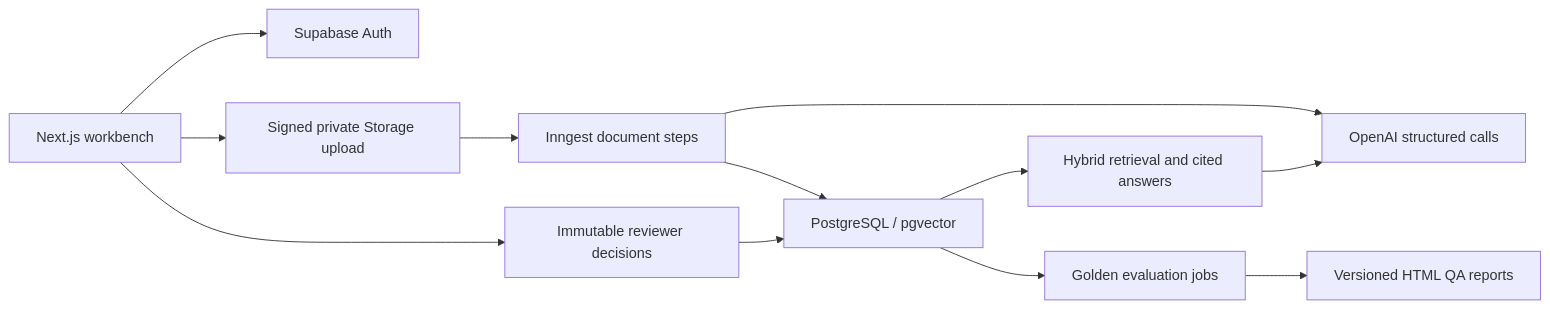
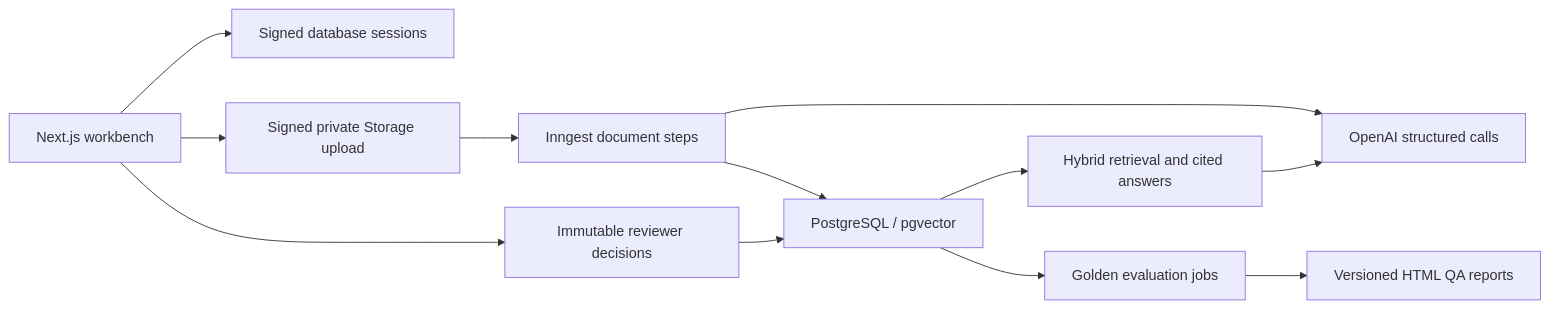
Before and after one commit to essashahid/EvidenceOps: the diagram in README.md, drawn with Mermaid. The commit also changed other lines of this file and 1 other file, not shown here.

Commit message:
Document the hosted Neon architecture and activation requirements

````diff
--- a/README.md
+++ b/README.md
@@ -19,14 +19,14 @@
 ```mermaid
 flowchart LR
-  UI[Next.js workbench] --> Auth[Supabase Auth]
+  UI[Next.js workbench] --> Auth[Signed database sessions]
   UI --> Upload[Signed private Storage upload]
   Upload --> Jobs[Inngest document steps]
   Jobs --> DB[PostgreSQL / pgvector]
   Jobs --> AI[OpenAI structured calls]
   UI --> Review[Immutable reviewer decisions]
   Review --> DB
   DB --> RAG[Hybrid retrieval and cited answers]
   RAG --> AI
   DB --> Eval[Golden evaluation jobs]
   Eval --> QA[Versioned HTML QA reports]
 ```
````
